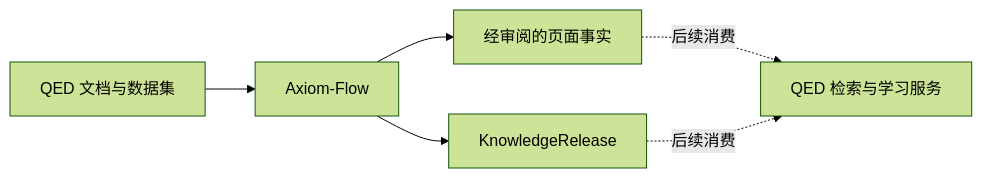
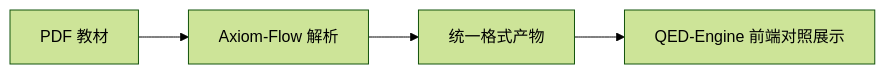
The diagram in README.md (swfswf1234/Axiom-Flow), drawn with Mermaid (forest theme) before and after one commit. The commit also changed other lines of this file and 96 other files, not shown here.

````diff
--- a/README.md
+++ b/README.md
@@ -12,8 +12,6 @@
 ```mermaid
 flowchart LR
-    A[QED 文档与数据集] --> B[Axiom-Flow]
-    B --> C[经审阅的页面事实]
-    B --> D[KnowledgeRelease]
-    C -. 后续消费 .-> E[QED 检索与学习服务]
-    D -. 后续消费 .-> E
+    A[PDF 教材] --> B[Axiom-Flow 解析]
+    B --> C[统一格式产物]
+    C --> D[QED-Engine 前端对照展示]
 ```
````
